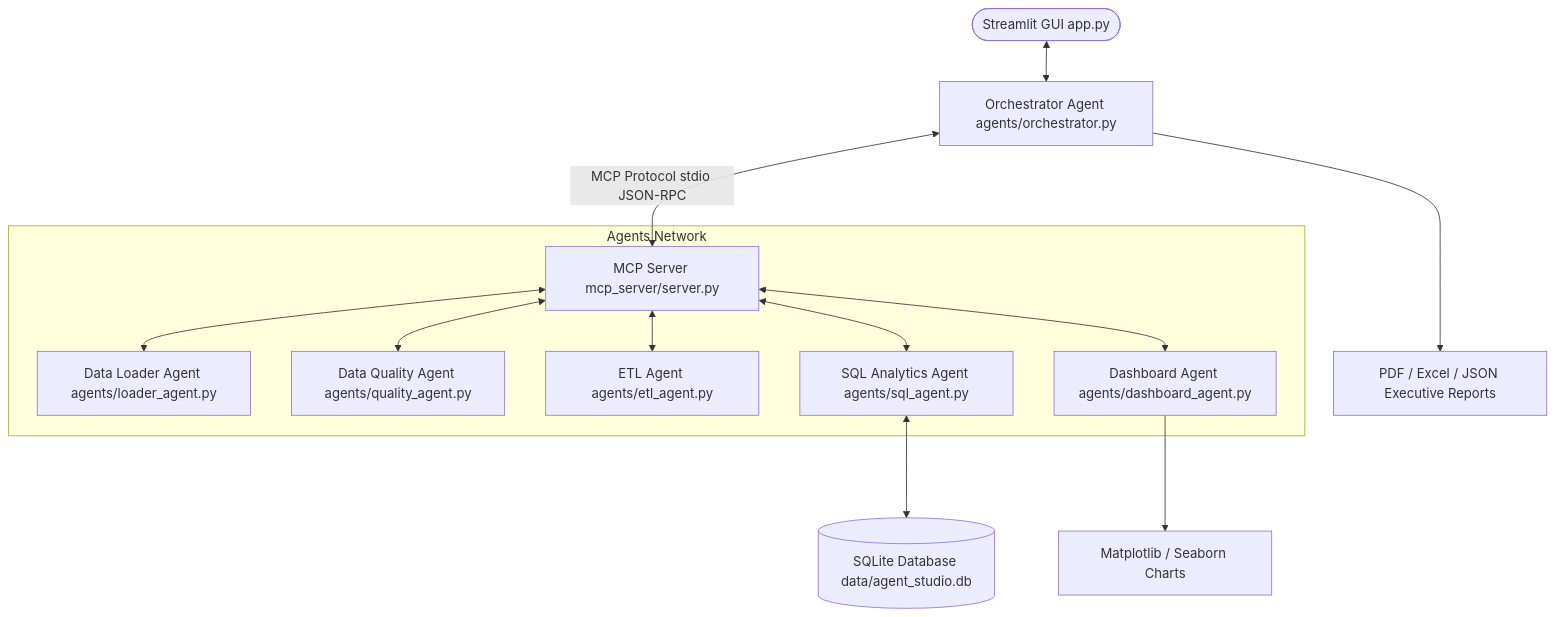
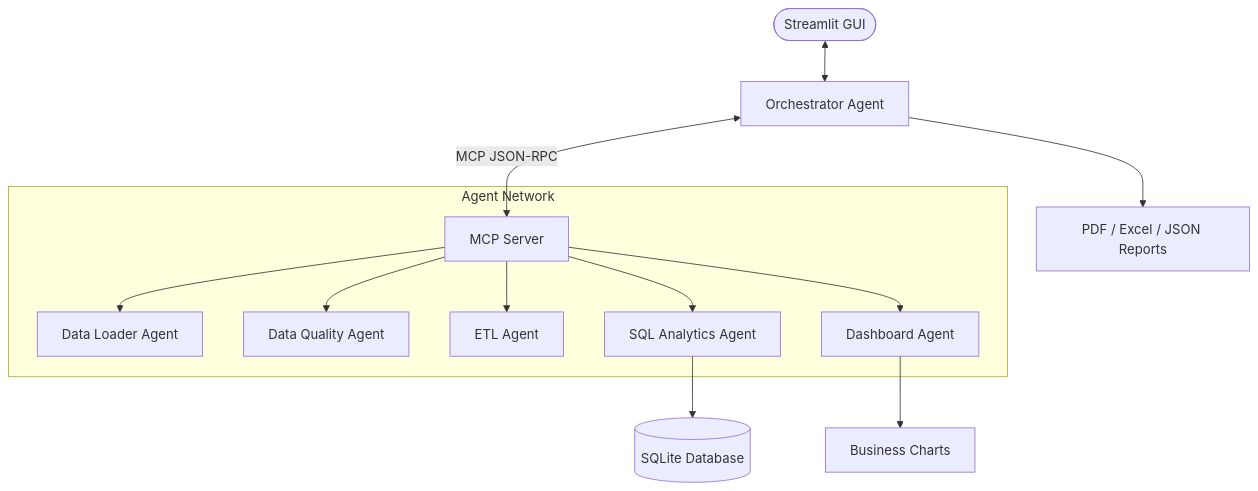
The diagram in README.md (Vaishnavibadwaik/AI-Data-Engineer-Agent-Studio), drawn with Mermaid before and after one commit. The commit also changed other lines of this file, not shown here.

````diff
--- a/README.md
+++ b/README.md
@@ -13,17 +46,20 @@
 ```mermaid
 graph TD
-    User([Streamlit GUI app.py]) <--> Orchestrator[Orchestrator Agent agents/orchestrator.py]
-    Orchestrator <-->|MCP Protocol stdio JSON-RPC| MCPServer[MCP Server mcp_server/server.py]
-    
-    subgraph Agents Network
-        MCPServer <--> LoaderAgent[Data Loader Agent agents/loader_agent.py]
-        MCPServer <--> QualityAgent[Data Quality Agent agents/quality_agent.py]
-        MCPServer <--> ETLAgent[ETL Agent agents/etl_agent.py]
-        MCPServer <--> SQLAgent[SQL Analytics Agent agents/sql_agent.py]
-        MCPServer <--> DashAgent[Dashboard Agent agents/dashboard_agent.py]
+    User([Streamlit GUI]) <--> Orchestrator[Orchestrator Agent]
+
+    Orchestrator <-->|MCP JSON-RPC| MCP[MCP Server]
+
+    subgraph Agent Network
+        MCP --> Loader[Data Loader Agent]
+        MCP --> Quality[Data Quality Agent]
+        MCP --> ETL[ETL Agent]
+        MCP --> SQL[SQL Analytics Agent]
+        MCP --> Dashboard[Dashboard Agent]
     end
 
-    SQLAgent <---> SQLiteDB[(SQLite Database data/agent_studio.db)]
-    DashAgent ---> ChartOutputs[Matplotlib / Seaborn Charts]
-    Orchestrator ---> ReportOutputs[PDF / Excel / JSON Executive Reports]
+    SQL --> SQLite[(SQLite Database)]
+
+    Dashboard --> Charts[Business Charts]
+
+    Orchestrator --> Reports[PDF / Excel / JSON Reports]
 ```
````
